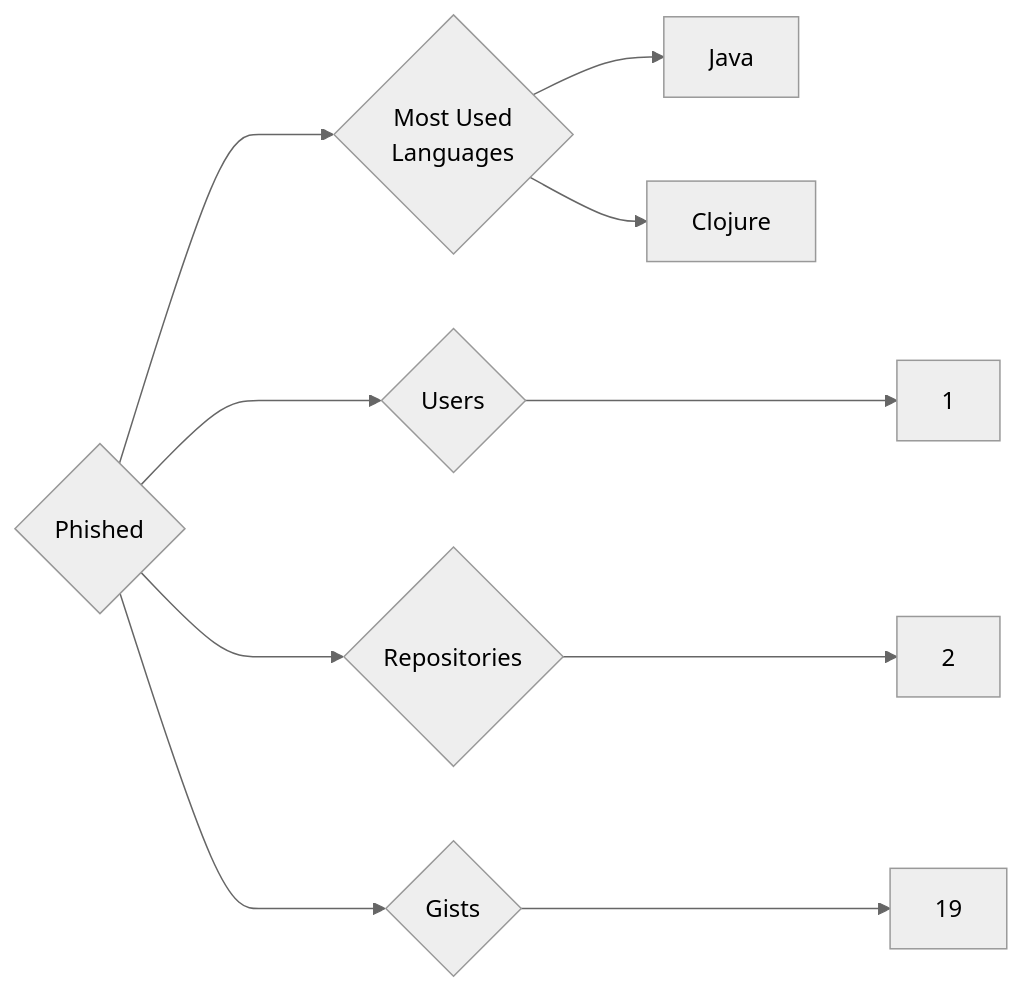
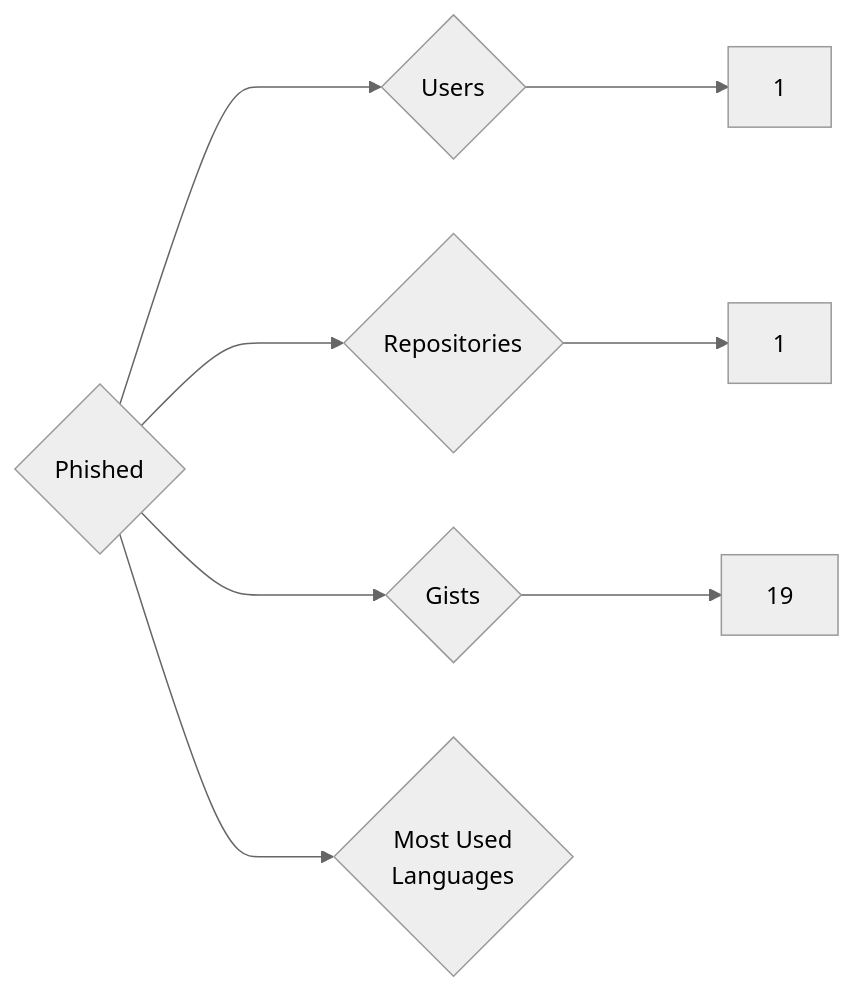
The diagram in targets/Phished/README.md (trickest/insiders), drawn with Mermaid (neutral theme) before and after one commit. The commit also changed 1011 other files, not shown here.

````diff
--- a/targets/Phished/README.md
+++ b/targets/Phished/README.md
@@ -3,10 +3,8 @@
 ```mermaid
 graph LR
 COMPANY_NAME{Phished}
 COMPANY_NAME ---> U{Users} ---> UN[1]
-COMPANY_NAME ---> R{Repositories} ---> RN[2]
+COMPANY_NAME ---> R{Repositories} ---> RN[1]
 COMPANY_NAME ---> G{Gists} ---> GN[19]
 COMPANY_NAME ---> ML{Most Used<br>Languages}
-ML --> Java[Java]
-ML --> Clojure[Clojure]
 ```
````
